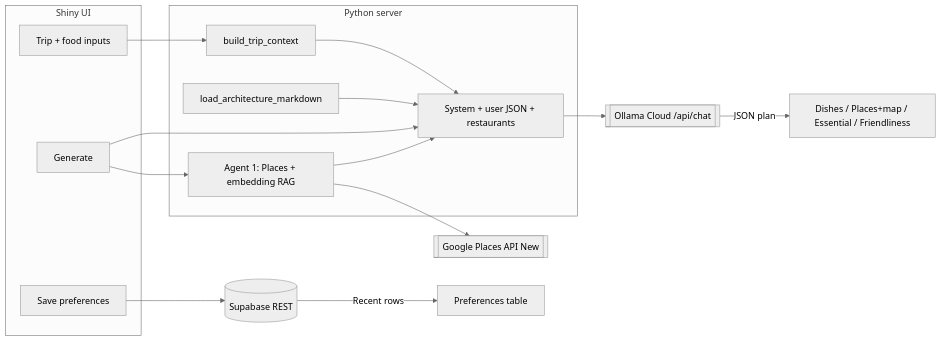
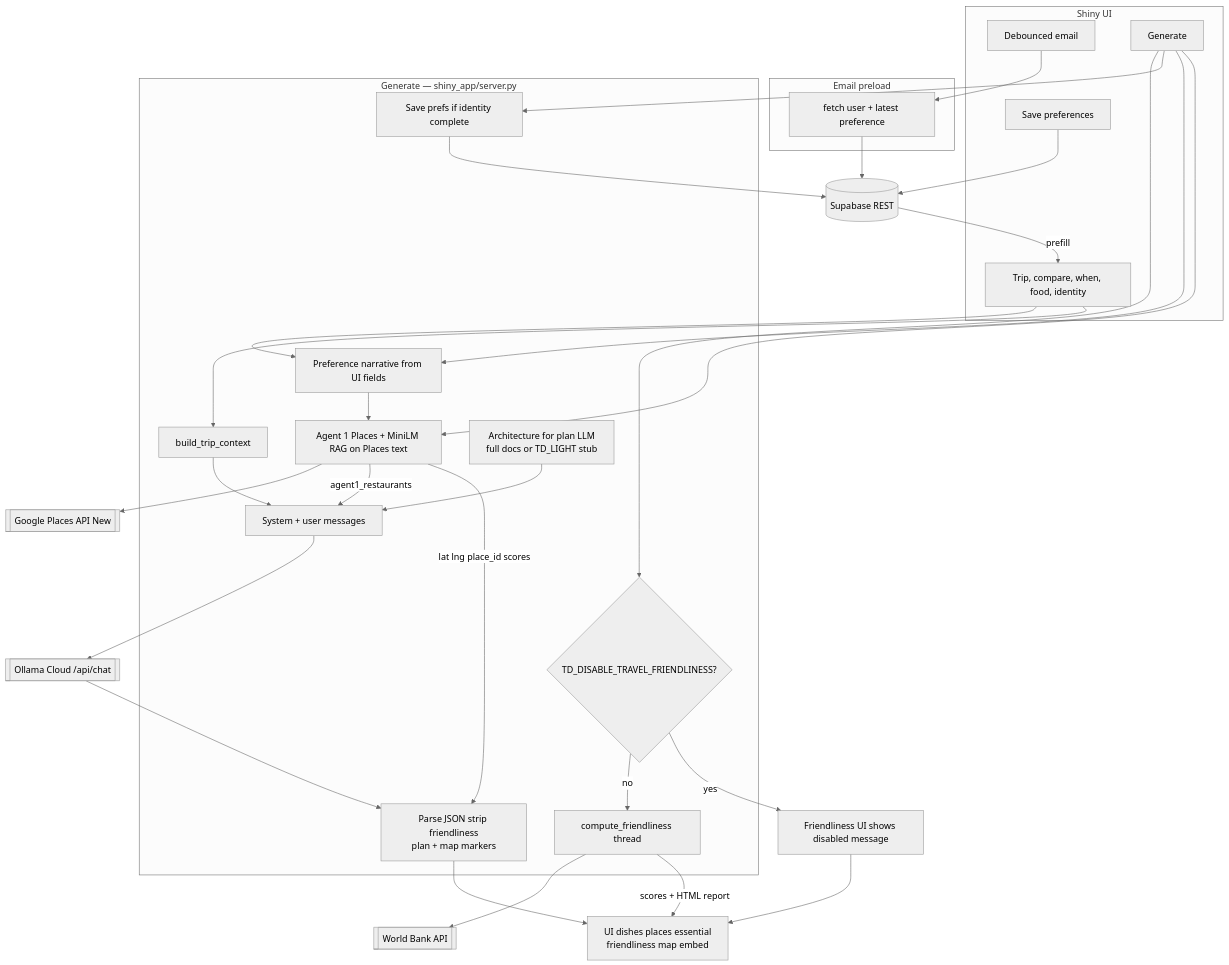
Before and after one commit to JanHsuanChu/TravelDashboard: the second of 2 diagrams in README.md, drawn with Mermaid (neutral theme). The commit also changed other lines of this file and 9 other files, not shown here.

````diff
--- a/README.md
+++ b/README.md
@@ -142,28 +149,62 @@
 ```mermaid
-flowchart LR
-    subgraph ui [Shiny UI]
-        Form[Trip + food inputs]
-        Btn[Generate]
-        Save[Save preferences]
+flowchart TB
+    subgraph UI[Shiny UI]
+        Form[Trip, compare, when, food, identity]
+        EmailEvt[Debounced email]
+        BtnGen[Generate]
+        BtnSave[Save preferences]
     end
-    subgraph server [Python server]
+
+    SB[(Supabase REST)]
+
+    subgraph Session[Email preload]
+        Lookup[fetch user + latest preference]
+    end
+
+    subgraph Gen[Generate — shiny_app/server.py]
+        DisTF{TD_DISABLE_TRAVEL_FRIENDLINESS?}
+        TF[compute_friendliness thread]
+        AutoSave[Save prefs if identity complete]
+        Narr[Preference narrative from UI fields]
         Ctx[build_trip_context]
-        Arch[load_architecture_markdown]
-        A1[Agent 1: Places + embedding RAG]
-        Prompt[System + user JSON + restaurants]
+        A1[Agent 1 Places + MiniLM RAG on Places text]
+        Arch[Architecture for plan LLM<br/>full docs or TD_LIGHT stub]
+        Syn[System + user messages]
+        Post[Parse JSON strip friendliness<br/>plan + map markers]
     end
-    SB[(Supabase REST)]
-    GPlaces[[Google Places API New]]
-    Ollama[[Ollama Cloud /api/chat]]
+
+    WB[[World Bank API]]
+    GP[[Google Places API New]]
+    OC[[Ollama Cloud /api/chat]]
+    Out[UI dishes places essential<br/>friendliness map embed]
+
+    EmailEvt --> Lookup
+    Lookup --> SB
+    SB -->|prefill| Form
+
+    BtnSave --> SB
+
+    BtnGen --> DisTF
+    DisTF -->|no| TF
+    DisTF -->|yes| TFOff[Friendliness UI shows disabled message]
+    TF --> WB
+    BtnGen --> AutoSave
+    AutoSave --> SB
+    BtnGen --> Narr
+    Form --> Narr
+
     Form --> Ctx
-    Btn --> A1
-    Btn --> Prompt
-    A1 --> GPlaces
-    A1 --> Prompt
-    Arch --> Prompt
-    Ctx --> Prompt
-    Prompt --> Ollama
-    Ollama -->|JSON plan| Out[Dishes / Places+map / Essential / Friendliness]
-    Save --> SB
-    SB -->|Recent rows| Table[Preferences table]
+    BtnGen --> A1
+    Narr --> A1
+    A1 --> GP
+
+    Ctx --> Syn
+    Arch --> Syn
+    A1 -->|agent1_restaurants| Syn
+    Syn --> OC
+    OC --> Post
+    A1 -->|lat lng place_id scores| Post
+    TF -->|scores + HTML report| Out
+    TFOff --> Out
+    Post --> Out
 ```
````
